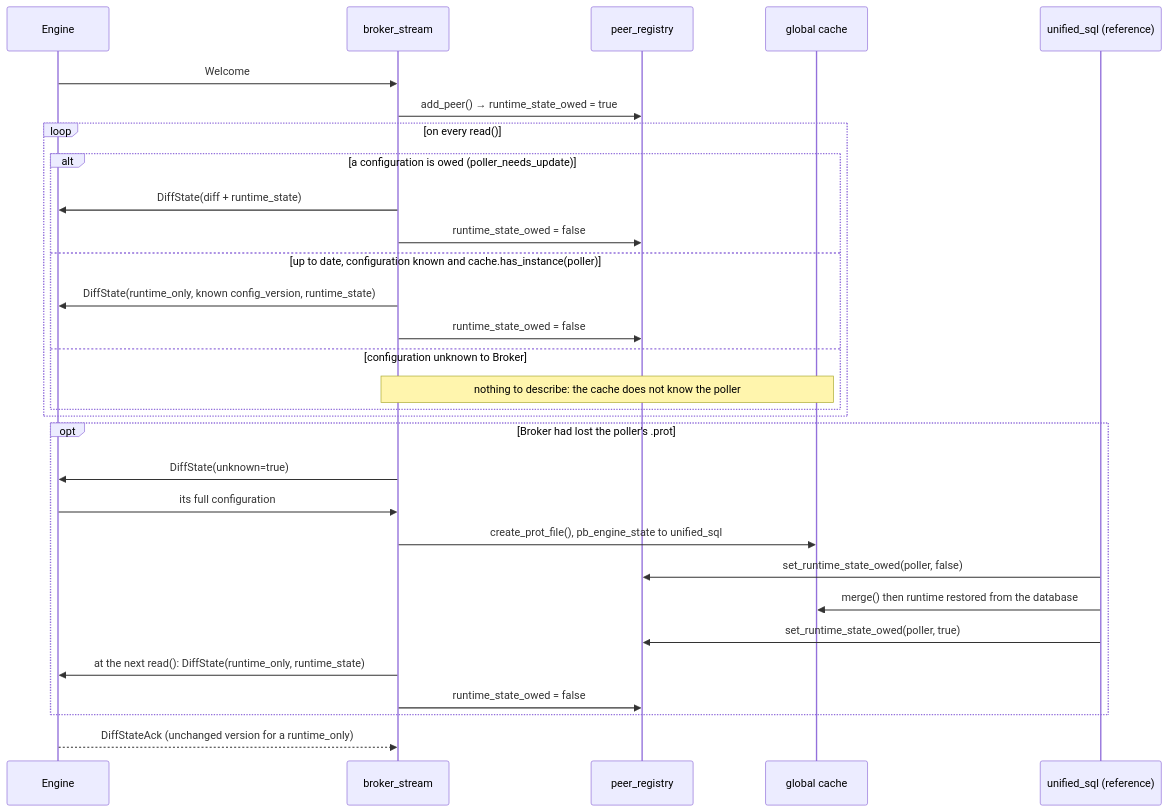
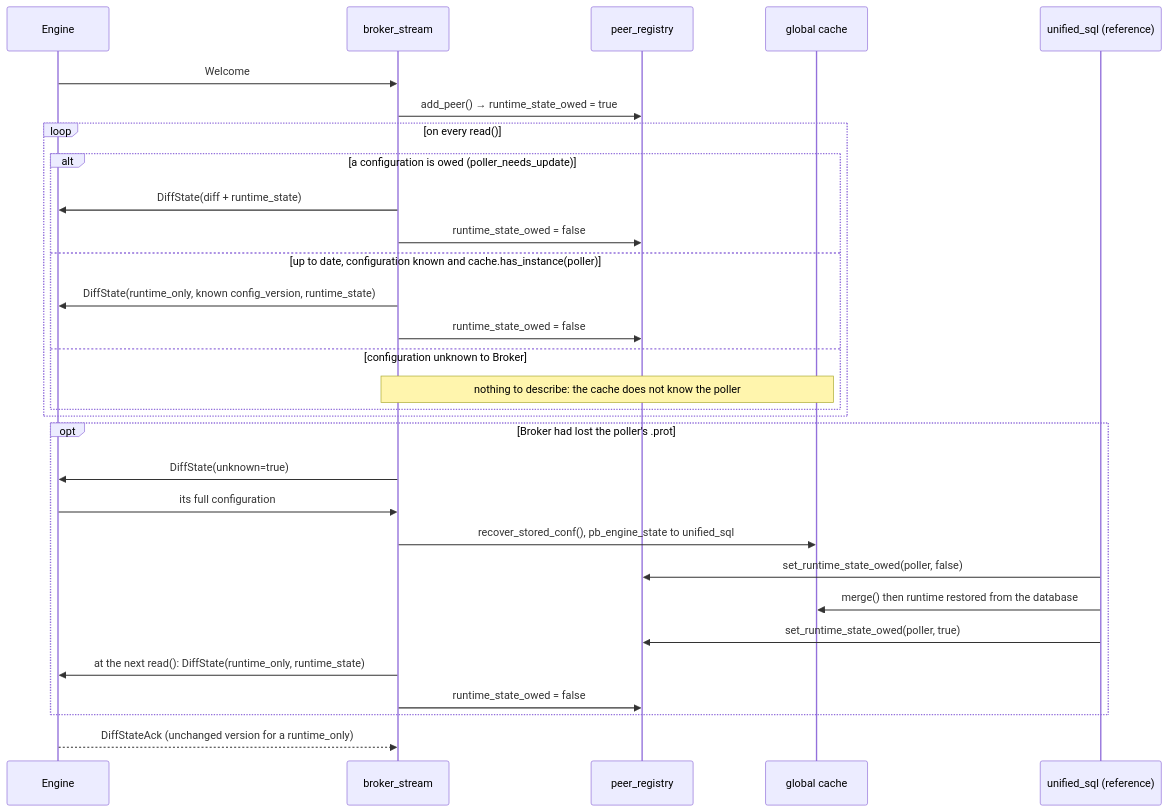
One commit to centreon/centreon-collect changed the eighth of 8 diagrams in doc/nego-engine-broker/06-remote-servers-en.md. Above: the diagram before and after it, drawn with Mermaid. The commit also changed 5 other files, not shown here.

````diff
--- a/doc/nego-engine-broker/06-remote-servers-en.md
+++ b/doc/nego-engine-broker/06-remote-servers-en.md
@@ -616,32 +616,32 @@
 ```mermaid
 sequenceDiagram
     participant E as Engine
     participant S as broker_stream
     participant R as peer_registry
     participant C as global cache
     participant U as unified_sql (reference)
     E->>S: Welcome
     S->>R: add_peer() → runtime_state_owed = true
     loop on every read()
         alt a configuration is owed (poller_needs_update)
             S->>E: DiffState(diff + runtime_state)
             S->>R: runtime_state_owed = false
         else up to date, configuration known and cache.has_instance(poller)
             S->>E: DiffState(runtime_only, known config_version, runtime_state)
             S->>R: runtime_state_owed = false
         else configuration unknown to Broker
             Note over S,C: nothing to describe: the cache does not know the poller
         end
     end
     opt Broker had lost the poller's .prot
         S->>E: DiffState(unknown=true)
         E->>S: its full configuration
-        S->>C: create_prot_file(), pb_engine_state to unified_sql
+        S->>C: recover_stored_conf(), pb_engine_state to unified_sql
         U->>R: set_runtime_state_owed(poller, false)
         U->>C: merge() then runtime restored from the database
         U->>R: set_runtime_state_owed(poller, true)
         S->>E: at the next read(): DiffState(runtime_only, runtime_state)
         S->>R: runtime_state_owed = false
     end
     E-->>S: DiffStateAck (unchanged version for a runtime_only)
 ```
````
